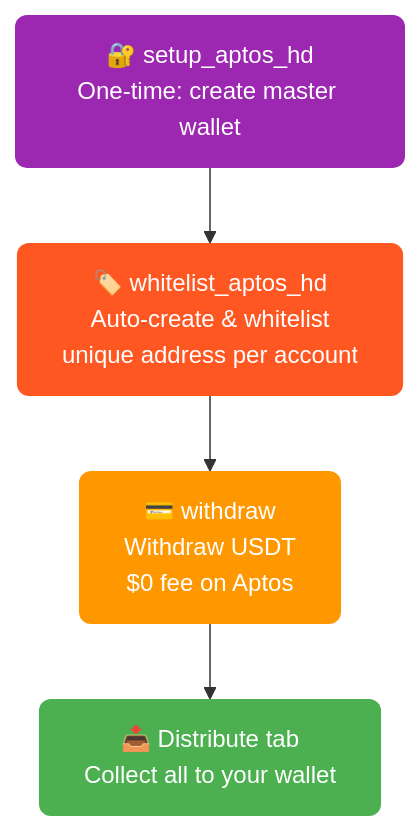
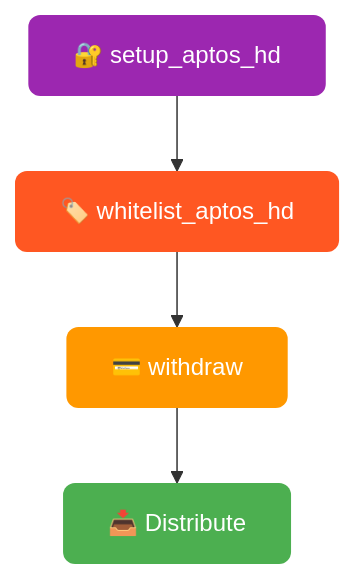
Before and after one commit to AutoPilotSoftware/docs: the ninth of 11 diagrams in src/content/docs/en/bybit-autopilot.md, drawn with Mermaid. The commit also changed 1 other file, not shown here.

Commit message:
Fix mermaid diagrams: remove multiline labels

````diff
--- a/src/content/docs/en/bybit-autopilot.md
+++ b/src/content/docs/en/bybit-autopilot.md
@@ -307,11 +307,11 @@
 ```mermaid
 flowchart TD
-    A["🔐 setup_aptos_hd\nOne-time: create master wallet"] --> B["🏷️ whitelist_aptos_hd\nAuto-create & whitelist\nunique address per account"]
-    B --> C["💳 withdraw\nWithdraw USDT\n$0 fee on Aptos"]
-    C --> D["📥 Distribute tab\nCollect all to your wallet"]
+    A["🔐 setup_aptos_hd"] --> B["🏷️ whitelist_aptos_hd"]
+    B --> C["💳 withdraw"]
+    C --> D["📥 Distribute"]
 
     style A fill:#9C27B0,color:#fff,stroke:none,rx:8
     style B fill:#FF5722,color:#fff,stroke:none,rx:8
     style C fill:#FF9800,color:#fff,stroke:none,rx:8
     style D fill:#4CAF50,color:#fff,stroke:none,rx:8
 ```
````
